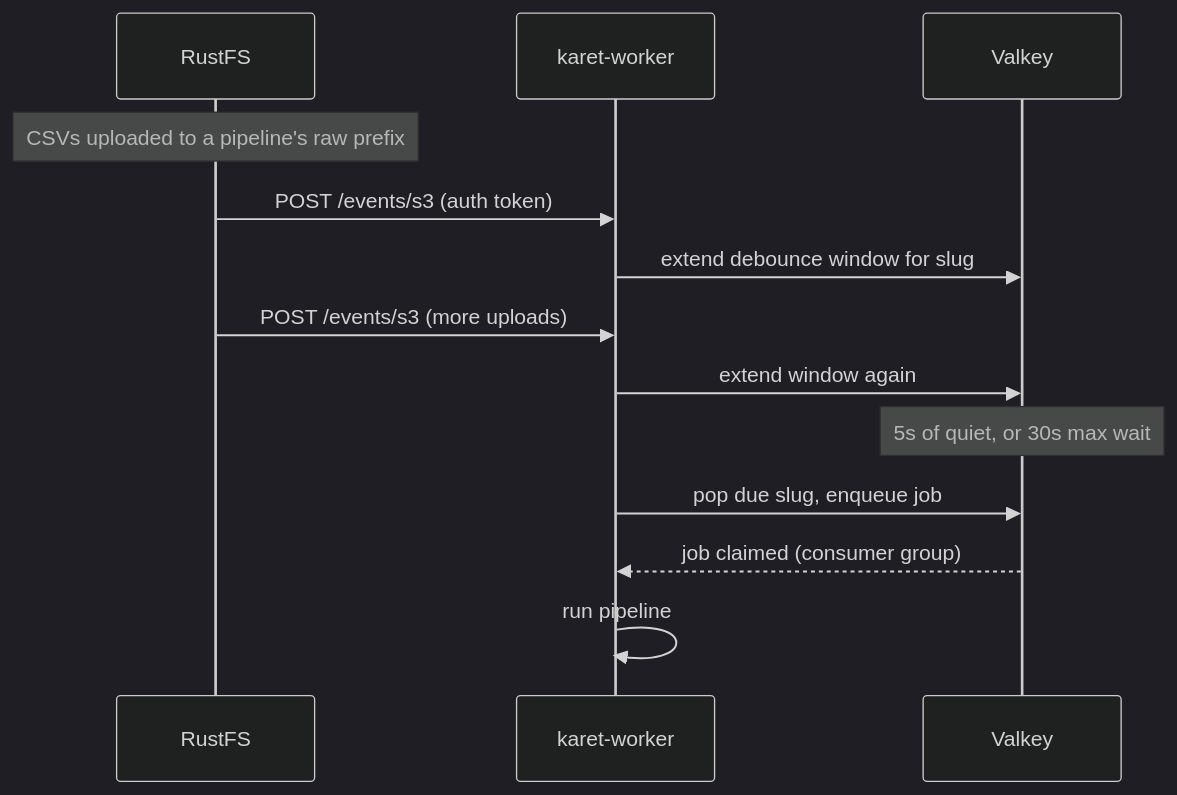
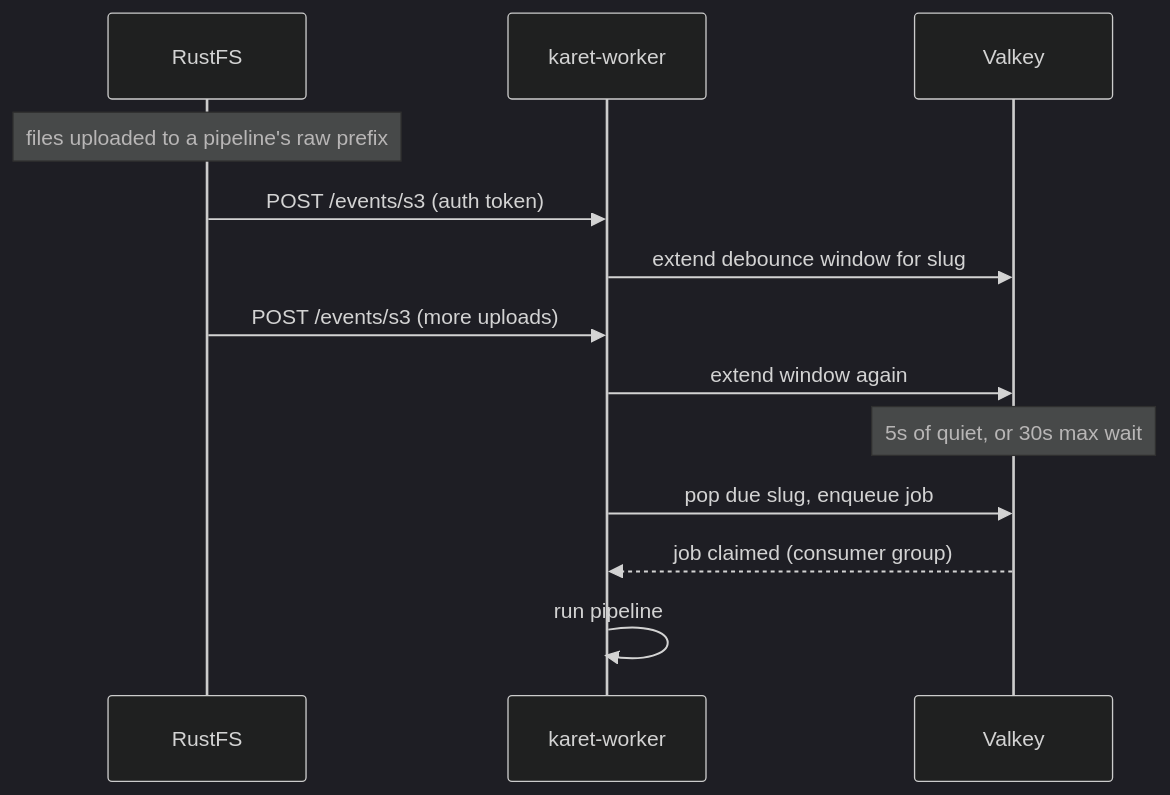
The diagram in guide/webhooks.md (karet-org/karet-docs), drawn with Mermaid (dark theme) before and after one commit. The commit also changed other lines of this file and 8 other files, not shown here.

````diff
--- a/guide/webhooks.md
+++ b/guide/webhooks.md
@@ -12,16 +12,16 @@
 ```mermaid
 sequenceDiagram
   participant R as RustFS
   participant W as karet-worker
   participant V as Valkey
 
-  Note over R: CSVs uploaded to a pipeline's raw prefix
+  Note over R: files uploaded to a pipeline's raw prefix
   R->>W: POST /events/s3 (auth token)
   W->>V: extend debounce window for slug
   R->>W: POST /events/s3 (more uploads)
   W->>V: extend window again
   Note over V: 5s of quiet, or 30s max wait
   W->>V: pop due slug, enqueue job
   V-->>W: job claimed (consumer group)
   W->>W: run pipeline
 ```
````
